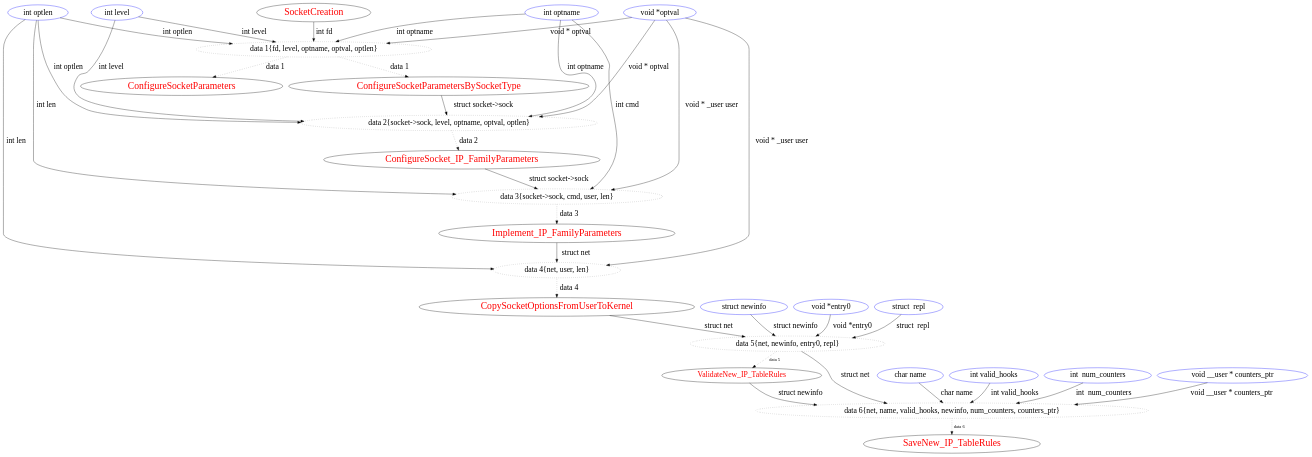
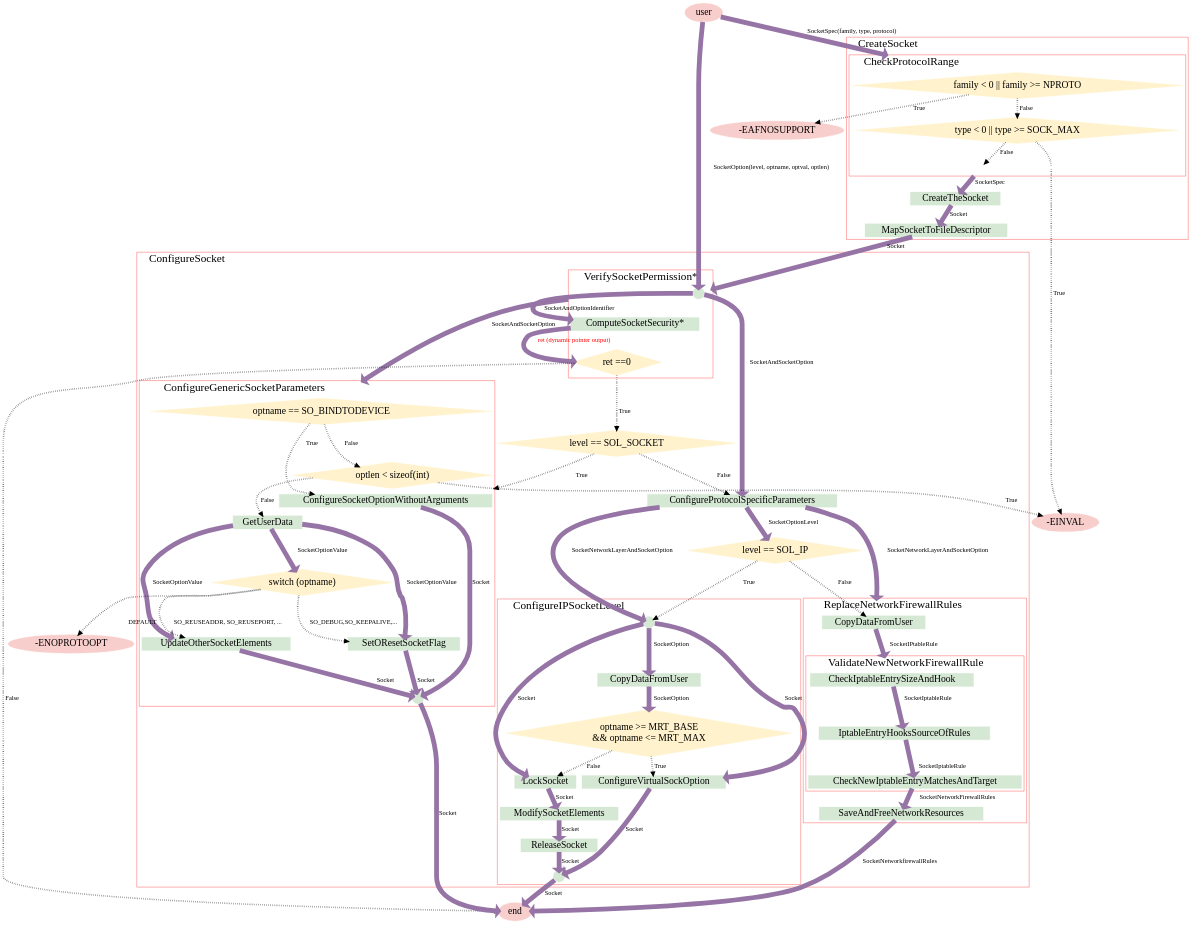
Before and after one commit to Samuel-Oglegba/Research-Examples: the diagram in Example2/example2.dot, drawn with Graphviz. The commit also changed other lines of this file, not shown here.

Commit message:
update on dot language

```diff
--- a/Example2/example2.dot
+++ b/Example2/example2.dot
@@ -1,88 +1,189 @@
-digraph callgraph {
+digraph G {
+   node [style=filled,  color="#D5E8D4", fontsize=30];
+   edge [penwidth = 15, arrowsize=0.1, fontsize=20, color="#9675A6"]
+   compound=true;
+   fontsize=35;
+   labeljust=l;
+   color="red";
+
+ #CreateSocket
+  subgraph cluster_0 {
+    #style=filled;
+    #color=lightgrey;
+    label = "CreateSocket";
     
-"SocketCreation" [fontcolor=red,fontsize=30, width=0.5];
-"ConfigureSocketParameters" [fontcolor=red, fontsize=30, width=0.5];
-"ConfigureSocketParametersBySocketType" [fontcolor=red,fontsize=30, width=0.5];
-"ConfigureSocket_IP_FamilyParameters" [fontcolor=red, fontsize=30, width=0.5];
-"Implement_IP_FamilyParameters" [fontcolor=red, fontsize=30, width=0.5];
-"CopySocketOptionsFromUserToKernel" [fontcolor=red, fontsize=30, width=0.5];
-"ValidateNew_IP_TableRules" [fontcolor=red, fontsize=24, width=0.5];
-"SaveNew_IP_TableRules" [fontcolor=red, fontsize=30, width=0.5];
+    #CheckProtocolRange
+    subgraph cluster_0_1 {
+        label="CheckProtocolRange";
+        
+        decision0 [label="family < 0 || family >= NPROTO", shape=diamond, color="#FFF2CC"]
+        decision1 [label="type < 0 || type >= SOCK_MAX", shape=diamond, color="#FFF2CC"]
+        
+        decision0 -> decision1 [label="False", style=dotted, penwidth = 5, color=black, arrowsize=1];
+        
+        point0 [shape="point",color=white,width=0.5];
+        decision1 -> point0 [label="False", style=dotted, penwidth = 5, color=black, arrowsize=1];
+    }
+    #end CheckProtocolRange
+    
+    a0 [label="CreateTheSocket", shape=box ]
+    a1 [label="MapSocketToFileDescriptor", shape=box ]
+    point0 -> a0 [label="SocketSpec", ltail="cluster_0_1"];
+    a0 -> a1 [label="Socket"];
+  }
+ #end CreateSocket
+  
 
+ subgraph cluster_1 {
+    #style=filled;
+    #color=lightgrey;
+    label = "ConfigureSocket";
+    
+    point1 [shape=point,width=0.5]
+     
+    #VerifySocketPermission
+    subgraph cluster_1_1 {
+ 
+        label="VerifySocketPermission*";
+        
+        point1 -> b0 [label=" SocketAndOptionIdentifier"]
+        b0 [label="ComputeSocketSecurity*", shape=box ]
+        decision2 [label="ret ==0", shape=diamond, color="#FFF2CC"]
+        
+        b0 -> decision2 [label="ret (dynamic pointer output)", fontcolor=red];
+        
+    }
+    #end VerifySocketPermission
+    
+    decision3 [label="level == SOL_SOCKET", shape=diamond, color="#FFF2CC"];
+    decision2 -> decision3 [label="True", style=dotted, penwidth = 5, color=black, arrowsize=1];
+     
+    b1 [shape=box, label="ConfigureProtocolSpecificParameters"]
+    
+    decision3 -> b1 [label="False", style=dotted, penwidth = 5, color=black, arrowsize=1];
+    decision3 -> b2 [label="True", style=dotted, lhead="cluster_1_3", penwidth = 5, color=black, arrowsize=1];
+    
+    decision4 [label="level == SOL_IP", shape=diamond, color="#FFF2CC"];
+    
+ 
+    
+    #ReplaceNetworkFirewallRules
+    subgraph cluster_1_2 {
+        label="ReplaceNetworkFirewallRules";
+        
+        b4 [shape=box, label="CopyDataFromUser"];
+        b4->b6 [label="SocketIPtableRule",lhead="cluster_1_2_1"];
+        
+        #ValidateNewNetworkFirewallRule
+         subgraph cluster_1_2_1 {
+            label="ValidateNewNetworkFirewallRule";
+            
+            b6 [shape=box, label="CheckIptableEntrySizeAndHook"]
+            b7 [shape=box, label="IptableEntryHooksSourceOfRules"]
+            b8 [shape=box, label="CheckNewIptableEntryMatchesAndTarget"];
+            
+            b6->b7 [label="SocketIptableRule"];
+            b7->b8 [label="SocketIptableRule"];
+         }
+        #end ValidateNewNetworkFirewallRule
+        
+        b8->b9 [label="SocketNetworkFirewallRules"];
+        b9 [shape=box, label="SaveAndFreeNetworkResources"];
+    }
+    #end ReplaceNetworkFirewallRules
+    
+    # ConfigureGenericSocketParameters
+    subgraph cluster_1_3 {
+        label="ConfigureGenericSocketParameters";
+        
+        b2 [shape=box, label="ConfigureSocketOptionWithoutArguments"];
+        b10 [shape=box, label="GetUserData"];
+        b11 [shape=box, label="SetOResetSocketFlag"];
+        b12 [shape=box, label="UpdateOtherSocketElements"];
+        
+        decision5 [label="optname == SO_BINDTODEVICE", shape=diamond, color="#FFF2CC"];
+        decision6 [label="optlen < sizeof(int)", shape=diamond, color="#FFF2CC"];
+        decision7 [label="switch (optname)", shape=diamond, color="#FFF2CC"];
+        
+        decision5 -> b2 [label="True", style=dotted, penwidth = 5, color=black, arrowsize=1];
+        decision5 -> decision6 [label="False", style=dotted, penwidth = 5, color=black, arrowsize=1];
+        
+        decision6 -> b10 [label="False", style=dotted, penwidth = 5, color=black, arrowsize=1];
+        b10 -> decision7 [label="SocketOptionValue"];
+        b10 -> b11 [label="SocketOptionValue"];
+        b10 -> b12 [label="SocketOptionValue"];
+        
+        decision7 -> b11  [label="SO_DEBUG,SO_KEEPALIVE,...", style=dotted, penwidth = 5, color=black, arrowsize=1];
+        decision7 -> b12  [label="SO_REUSEADDR, SO_REUSEPORT, ...  ", style=dotted, penwidth = 5, color=black, arrowsize=1];
+        
+        point3 [shape=point, width=0.5]
+        
+        b11 -> point3 [label="Socket"];
+        b12 -> point3 [label="Socket"];
+        b2 -> point3 [label="Socket"];
+        
+    }
+    #end ConfigureGenericSocketParameters
+    
+     subgraph cluster_1_4 {
+        label="ConfigureIPSocketLevel";
+        
+        point4 [shape=point, width=0.5];
+        b5 [shape=box, label="CopyDataFromUser"];
+        decision8 [label="optname >= MRT_BASE \n&& optname <= MRT_MAX", shape=diamond, color="#FFF2CC"];
+        b13 [shape=box, label="ConfigureVirtualSockOption"];
+        b14 [shape=box, label="LockSocket"];
+        b15 [shape=box, label="ModifySocketElements"];
+        b16 [shape=box, label="ReleaseSocket"];
+        point5 [shape=point, width=0.5];
+        
+        point4 -> b5 [label="SocketOption", ltail=cluster_1_4];
+        b5 -> decision8 [label="SocketOption"]
+        decision8 -> b13 [label="True", style=dotted, penwidth = 5, color=black, arrowsize=1];
+        decision8 -> b14 [label="False", style=dotted, penwidth = 5, color=black, arrowsize=1];
+        point4 -> b13 [label="Socket"];
+        point4 -> b14 [label="Socket"];
+        
+        b14 -> b15 [label="Socket"];
+        b15 -> b16 [label="Socket"];
+        b13 -> point5 [label="Socket"];
+        b16 -> point5 [label="Socket"];
+     }
+    
+    b1 -> decision4 [label="SocketOptionLevel"];
+    b1 -> point4 [label="SocketNetworkLayerAndSocketOption"];
+    b1 -> b4 [label="SocketNetworkLayerAndSocketOption", lhead="cluster_1_2"];
+    point1 -> b1 [label="SocketAndSocketOption"];
+    
+    point1 -> decision5 [label="SocketAndSocketOption", ltail=cluster_1_1, lhead="cluster_1_3"];
+    
+    decision4 -> point4 [label="True", style=dotted, penwidth = 5, color=black, arrowsize=1];
+    decision4 -> b4 [label="False", style=dotted, penwidth = 5, color=black, arrowsize=1];
+    
+  }
+  
+  user -> decision0 [label="SocketSpec(family, type, protocol)", lhead=cluster_0_1];
 
-"int level" [color=blue, fontsize=24, width=0.5];
-"int optname" [color=blue, fontsize=24, width=0.5];
-"void *optval" [color=blue, fontsize=24, width=0.5];
-"int optlen" [color=blue, fontsize=24, width=0.5];
-"data 1{fd, level, optname, optval, optlen}"[style=dotted, fontsize=24, width=0.5];
+  a1->point1 [label="Socket", lhead=cluster_1_1];
+  user -> point1 [label="SocketOption(level, optname, optval, optlen)"];
+ 
+ 
 
-
-"SocketCreation" -> "data 1{fd, level, optname, optval, optlen}"  [label="int fd", fontsize=24];
-"int level" -> "data 1{fd, level, optname, optval, optlen}" [label="int level", fontsize=24];
-"int optname" -> "data 1{fd, level, optname, optval, optlen}" [label="int optname", fontsize=24];
-"void *optval" -> "data 1{fd, level, optname, optval, optlen}" [label="void * optval", fontsize=24];
-"int optlen" -> "data 1{fd, level, optname, optval, optlen}" [label="int optlen", fontsize=24];
-
-"data 1{fd, level, optname, optval, optlen}"->"ConfigureSocketParameters"  [label="data 1", style=dotted, fontsize=24];
-"data 1{fd, level, optname, optval, optlen}"->"ConfigureSocketParametersBySocketType"  [label="data 1", style=dotted, fontsize=24];
-
-
-"data 2{socket->sock, level, optname, optval, optlen}"[style=dotted, fontsize=24, width=0.5];
-"ConfigureSocketParametersBySocketType" -> "data 2{socket->sock, level, optname, optval, optlen}" [label="struct socket->sock", fontsize=24];
-"int level" -> "data 2{socket->sock, level, optname, optval, optlen}" [label="int level", fontsize=24];
-"int optname" -> "data 2{socket->sock, level, optname, optval, optlen}" [label="int optname", fontsize=24];
-"void *optval" -> "data 2{socket->sock, level, optname, optval, optlen}" [label="void * optval", fontsize=24];
-"int optlen" -> "data 2{socket->sock, level, optname, optval, optlen}" [label="int optlen", fontsize=24];
-
-
-"data 2{socket->sock, level, optname, optval, optlen}"->"ConfigureSocket_IP_FamilyParameters"  [label="data 2", style=dotted, fontsize=24];
-
-
-"data 3{socket->sock, cmd, user, len}"[style=dotted, fontsize=24, width=0.5];
-"ConfigureSocket_IP_FamilyParameters" -> "data 3{socket->sock, cmd, user, len}" [label="struct socket->sock", fontsize=24];
-"int optname" -> "data 3{socket->sock, cmd, user, len}" [label="int cmd", fontsize=24];
-"void *optval" -> "data 3{socket->sock, cmd, user, len}" [label="void * _user user", fontsize=24];
-"int optlen" -> "data 3{socket->sock, cmd, user, len}" [label="int len", fontsize=24];
-
-
-"data 3{socket->sock, cmd, user, len}" -> "Implement_IP_FamilyParameters" [label="data 3", style=dotted, fontsize=24];
-
-"data 4{net, user, len}"[style=dotted, fontsize=24, width=0.5];
-"Implement_IP_FamilyParameters" -> "data 4{net, user, len}" [label="struct net", fontsize=24];
-"void *optval" -> "data 4{net, user, len}" [label="void * _user user", fontsize=24];
-"int optlen" -> "data 4{net, user, len}" [label="int len", fontsize=24];
-
-"data 4{net, user, len}" -> "CopySocketOptionsFromUserToKernel" [label="data 4", style=dotted, fontsize=24];
-
-
-"struct newinfo" [color=blue, fontsize=24, width=0.5];
-"void *entry0" [color=blue, fontsize=24, width=0.5];
-"struct  repl" [color=blue, fontsize=24, width=0.5];
-"data 5{net, newinfo, entry0, repl}"[style=dotted, fontsize=24, width=0.5];
-
-"CopySocketOptionsFromUserToKernel"->"data 5{net, newinfo, entry0, repl}" [label="struct net", fontsize=24];
-"struct newinfo"->"data 5{net, newinfo, entry0, repl}" [label="struct newinfo", fontsize=24];
-"void *entry0"->"data 5{net, newinfo, entry0, repl}" [label="void *entry0", fontsize=24];
-"struct  repl"->"data 5{net, newinfo, entry0, repl}" [label="struct  repl", fontsize=24];
-
-"data 5{net, newinfo, entry0, repl}" -> "ValidateNew_IP_TableRules" [label="data 5", style=dotted];
-
-"char name" [color=blue, fontsize=24, width=0.5];
-"int valid_hooks" [color=blue, fontsize=24, width=0.5];
-"int  num_counters" [color=blue, fontsize=24, width=0.5];
-"void __user * counters_ptr" [color=blue, fontsize=24, width=0.5];
-"data 6{net, name, valid_hooks, newinfo, num_counters, counters_ptr}"[style=dotted, fontsize=24, width=0.5];
-
-"ValidateNew_IP_TableRules"->"data 6{net, name, valid_hooks, newinfo, num_counters, counters_ptr}" [label="struct newinfo", fontsize=24];
-"char name" -> "data 6{net, name, valid_hooks, newinfo, num_counters, counters_ptr}" [label="char name", fontsize=24];
-"int valid_hooks" -> "data 6{net, name, valid_hooks, newinfo, num_counters, counters_ptr}" [label="int valid_hooks", fontsize=24];
-"int  num_counters" -> "data 6{net, name, valid_hooks, newinfo, num_counters, counters_ptr}" [label="int  num_counters", fontsize=24];
-"void __user * counters_ptr" -> "data 6{net, name, valid_hooks, newinfo, num_counters, counters_ptr}" [label="void __user * counters_ptr", fontsize=24];
-"data 5{net, newinfo, entry0, repl}" -> "data 6{net, name, valid_hooks, newinfo, num_counters, counters_ptr}" [label="struct net", fontsize=24];
-
-"data 6{net, name, valid_hooks, newinfo, num_counters, counters_ptr}"->"SaveNew_IP_TableRules" [label="data 6", style=dotted];
-
-
-
-
+  user [style= filled, color="#F8CECC"];
+  end [style= filled, color="#F8CECC"];
+  exit1 [style= filled, color="#F8CECC",label="-EAFNOSUPPORT"];
+  exit2 [style= filled, color="#F8CECC",label="-EINVAL"];
+  exit5 [style= filled, color="#F8CECC",label="-ENOPROTOOPT"];
+  
+  
+  decision0 -> exit1 [label="True", style=dotted, penwidth = 5, color=black, arrowsize=1];
+  decision1 -> exit2 [label="True", style=dotted, penwidth = 5, color=black, arrowsize=1];
+  decision6 -> exit2 [label="True", style=dotted, penwidth = 5, color=black, arrowsize=1];
+  decision7 -> exit5 [label="DEFAULT", style=dotted, penwidth = 5, color=black, arrowsize=1];
+  
+  point5 -> end [label="Socket"];
+  b9 -> end [label=" SocketNetworkfirewallRules"];
+  decision2 -> end [label="False", style=dotted, penwidth = 5, color=black, arrowsize=1];
+  point3 -> end [label="Socket"];
+  
 }
```
